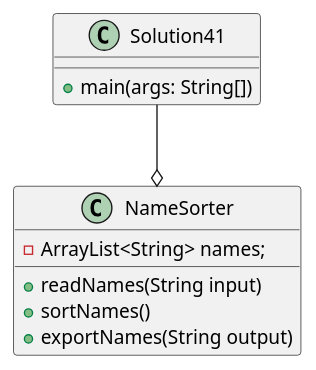
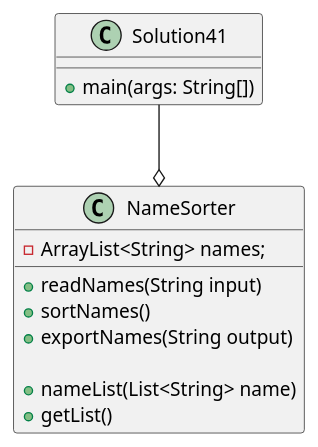
One commit to Trump7/trump-a04 changed the diagram in exercise41/docs/Solution41Plan.puml. Above: the diagram before and after it, drawn with PlantUML. The commit also changed 7 other files, not shown here.

```diff
--- a/exercise41/docs/Solution41Plan.puml
+++ b/exercise41/docs/Solution41Plan.puml
@@ -1,24 +1,28 @@
 @startuml
 
 Class Solution41{
     +main(args: String[])
     'NameSorter sort = new NameSorter()
     'sort.readNames("input.txt")
     'sort.sortNames()
     'sort.exportNames("output.txt")
 }
 
 Class NameSorter{
     -ArrayList<String> names;
     'read names into an array list
     +readNames(String input)
     'take in the array list to sort
     'return sorted names
     +sortNames()
     'export all sorted names to an output file
     +exportNames(String output)
 
+    'for testing purposes; changing arraylist names
+    +nameList(List<String> name)
+    'for testing purposes; returning the arrayList names
+    +getList()
 }
 
 Solution41 --o NameSorter
 @enduml
```
